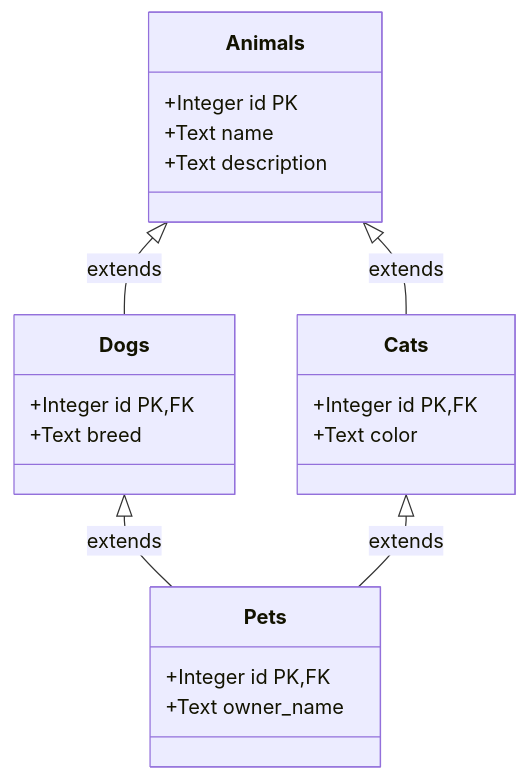
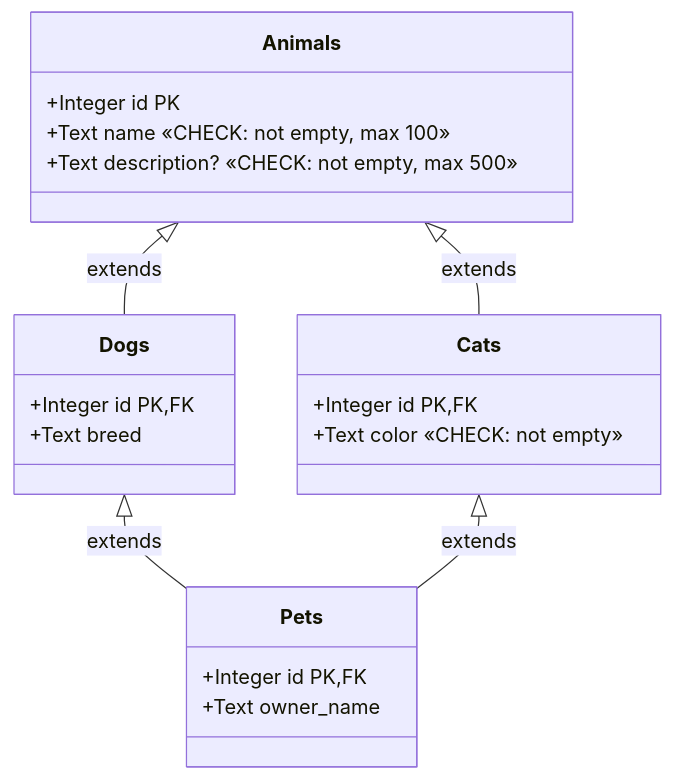
One commit to LucaCappelletti94/diesel-builders changed the third of 7 diagrams in README.md. Above: the diagram before and after it, drawn with Mermaid. The commit also changed other lines of this file and 6 other files, not shown here.

````diff
--- a/README.md
+++ b/README.md
@@ -61,25 +75,25 @@
 ```mermaid
 classDiagram
     direction BT
     class Animals {
         +Integer id PK
-        +Text name
-        +Text description
+        +Text name «CHECK: not empty, max 100»
+        +Text description? «CHECK: not empty, max 500»
     }
     class Dogs {
         +Integer id PK,FK
         +Text breed
     }
     class Cats {
         +Integer id PK,FK
-        +Text color
+        +Text color «CHECK: not empty»
     }
     class Pets {
         +Integer id PK,FK
         +Text owner_name
     }
     Dogs --|> Animals : extends
     Cats --|> Animals : extends
     Pets --|> Dogs : extends
     Pets --|> Cats : extends
 ```
````
